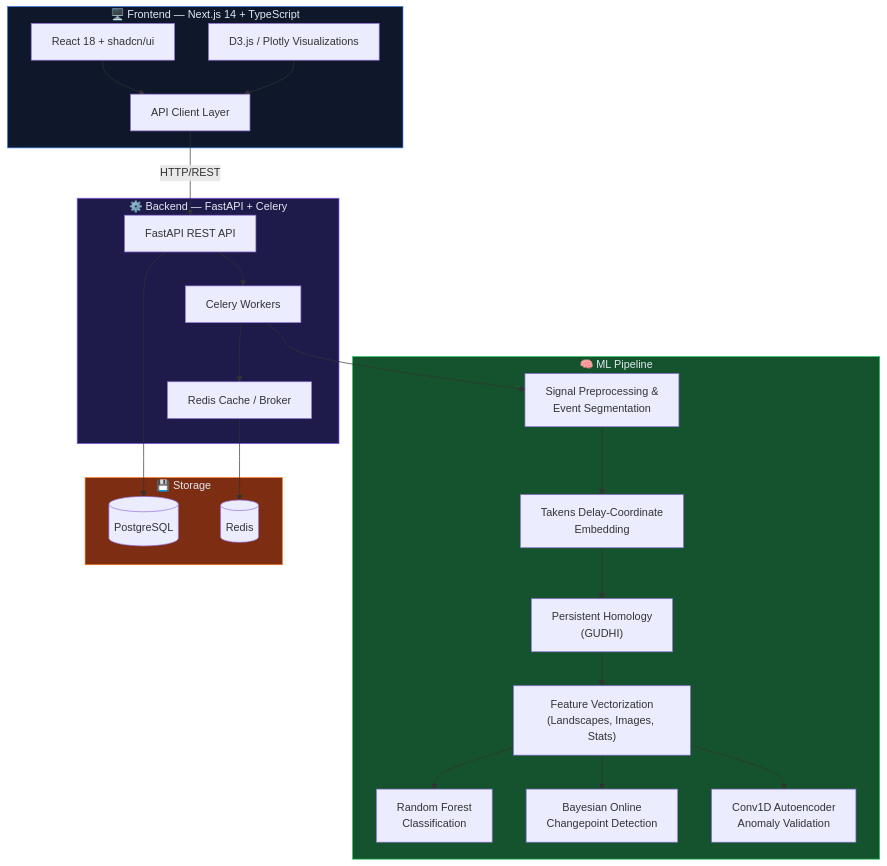
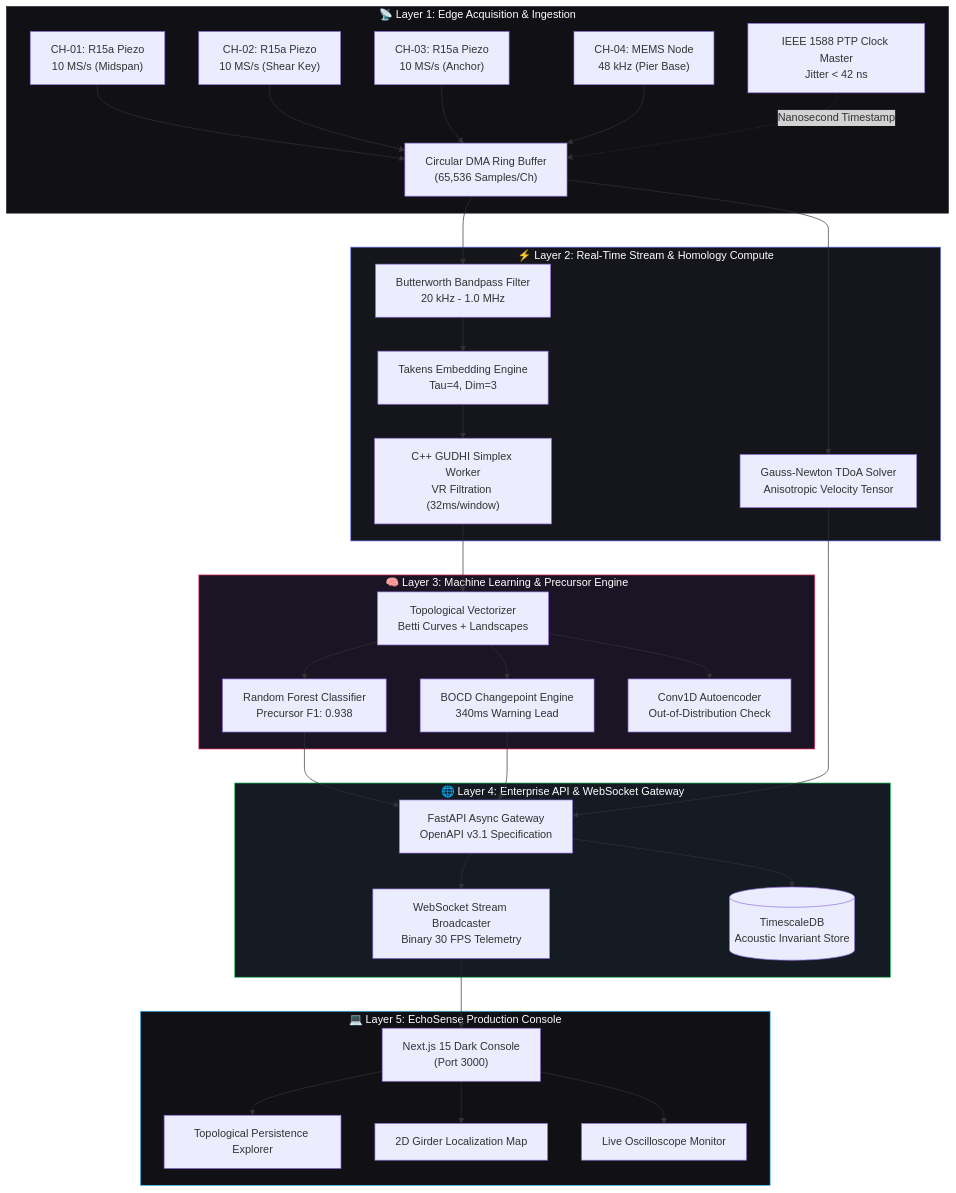
Before and after one commit to karthik5033/EchoSense: the second of 2 diagrams in README.md, drawn with Mermaid. The commit also changed other lines of this file and 3 other files, not shown here.

First line of the commit message:
docs(spec): synchronize framework PRD, 30-phase roadmap, and technical specs

````diff
--- a/README.md
+++ b/README.md
@@ -64,49 +301,55 @@
 ```mermaid
 graph TB
-    subgraph Frontend["🖥️ Frontend — Next.js 14 + TypeScript"]
-        UI["React 18 + shadcn/ui"]
-        VIZ["D3.js / Plotly Visualizations"]
-        API_CLIENT["API Client Layer"]
+    subgraph Edge["📡 Layer 1: Edge Acquisition & Ingestion"]
+        S1["CH-01: R15a Piezo<br/>10 MS/s (Midspan)"]
+        S2["CH-02: R15a Piezo<br/>10 MS/s (Shear Key)"]
+        S3["CH-03: R15a Piezo<br/>10 MS/s (Anchor)"]
+        S4["CH-04: MEMS Node<br/>48 kHz (Pier Base)"]
+        PTP["IEEE 1588 PTP Clock Master<br/>Jitter < 42 ns"]
+        DMA["Circular DMA Ring Buffer<br/>(65,536 Samples/Ch)"]
+        S1 & S2 & S3 & S4 --> DMA
+        PTP -.->|Nanosecond Timestamp| DMA
     end
 
-    subgraph Backend["⚙️ Backend — FastAPI + Celery"]
-        REST["FastAPI REST API"]
-        CELERY["Celery Workers"]
-        CACHE["Redis Cache / Broker"]
+    subgraph Compute["⚡ Layer 2: Real-Time Stream & Homology Compute"]
+        FILTER["Butterworth Bandpass Filter<br/>20 kHz - 1.0 MHz"]
+        TAKENS_ENG["Takens Embedding Engine<br/>Tau=4, Dim=3"]
+        GUDHI_WORKER["C++ GUDHI Simplex Worker<br/>VR Filtration (32ms/window)"]
+        TDOA_SOLVER["Gauss-Newton TDoA Solver<br/>Anisotropic Velocity Tensor"]
+        DMA --> FILTER --> TAKENS_ENG --> GUDHI_WORKER
+        DMA --> TDOA_SOLVER
     end
 
-    subgraph ML_Pipeline["🧠 ML Pipeline"]
-        PREPROCESS["Signal Preprocessing &\nEvent Segmentation"]
-        TAKENS["Takens Delay-Coordinate\nEmbedding"]
-        TDA["Persistent Homology\n(GUDHI)"]
-        FEATURES["Feature Vectorization\n(Landscapes, Images, Stats)"]
-        CLASSIFY["Random Forest\nClassification"]
-        BOCD["Bayesian Online\nChangepoint Detection"]
-        AUTOENC["Conv1D Autoencoder\nAnomaly Validation"]
+    subgraph ML_Inference["🧠 Layer 3: Machine Learning & Precursor Engine"]
+        VEC["Topological Vectorizer<br/>Betti Curves + Landscapes"]
+        RF["Random Forest Classifier<br/>Precursor F1: 0.938"]
+        BOCD_MOD["BOCD Changepoint Engine<br/>340ms Warning Lead"]
+        AUTO["Conv1D Autoencoder<br/>Out-of-Distribution Check"]
+        GUDHI_WORKER --> VEC
+        VEC --> RF & BOCD_MOD & AUTO
     end
 
-    subgraph Storage["💾 Storage"]
-        PG[("PostgreSQL")]
-        REDIS_STORE[("Redis")]
+    subgraph Service["🌐 Layer 4: Enterprise API & WebSocket Gateway"]
+        FASTAPI["FastAPI Async Gateway<br/>OpenAPI v3.1 Specification"]
+        WS["WebSocket Stream Broadcaster<br/>Binary 30 FPS Telemetry"]
+        PG[("TimescaleDB<br/>Acoustic Invariant Store")]
+        RF & BOCD_MOD & TDOA_SOLVER --> FASTAPI
+        FASTAPI --> WS
+        FASTAPI --> PG
     end
 
-    UI --> API_CLIENT
-    VIZ --> API_CLIENT
-    API_CLIENT -->|"HTTP/REST"| REST
-    REST --> CELERY
-    CELERY --> CACHE
-    CELERY --> PREPROCESS
-    PREPROCESS --> TAKENS
-    TAKENS --> TDA
-    TDA --> FEATURES
-    FEATURES --> CLASSIFY
-    FEATURES --> BOCD
-    FEATURES --> AUTOENC
-    REST --> PG
-    CACHE --> REDIS_STORE
+    subgraph UI["💻 Layer 5: EchoSense Production Console"]
+        DASH["Next.js 15 Dark Console<br/>(Port 3000)"]
+        TDA_VIZ["Topological Persistence Explorer"]
+        LOCAL_MAP["2D Girder Localization Map"]
+        OSC["Live Oscilloscope Monitor"]
+        WS --> DASH
+        DASH --> TDA_VIZ & LOCAL_MAP & OSC
+    end
 
-    style Frontend fill:#0f172a,stroke:#3b82f6,color:#e2e8f0
-    style Backend fill:#1e1b4b,stroke:#8b5cf6,color:#e2e8f0
-    style ML_Pipeline fill:#14532d,stroke:#22c55e,color:#e2e8f0
-    style Storage fill:#7c2d12,stroke:#f97316,color:#e2e8f0
+    style Edge fill:#111115,stroke:#2b2b36,color:#fff
+    style Compute fill:#15151c,stroke:#6366f1,color:#fff
+    style ML_Inference fill:#1a1424,stroke:#FD366E,color:#fff
+    style Service fill:#141b22,stroke:#22c55e,color:#fff
+    style UI fill:#111115,stroke:#38bdf8,color:#fff
 ```
````
